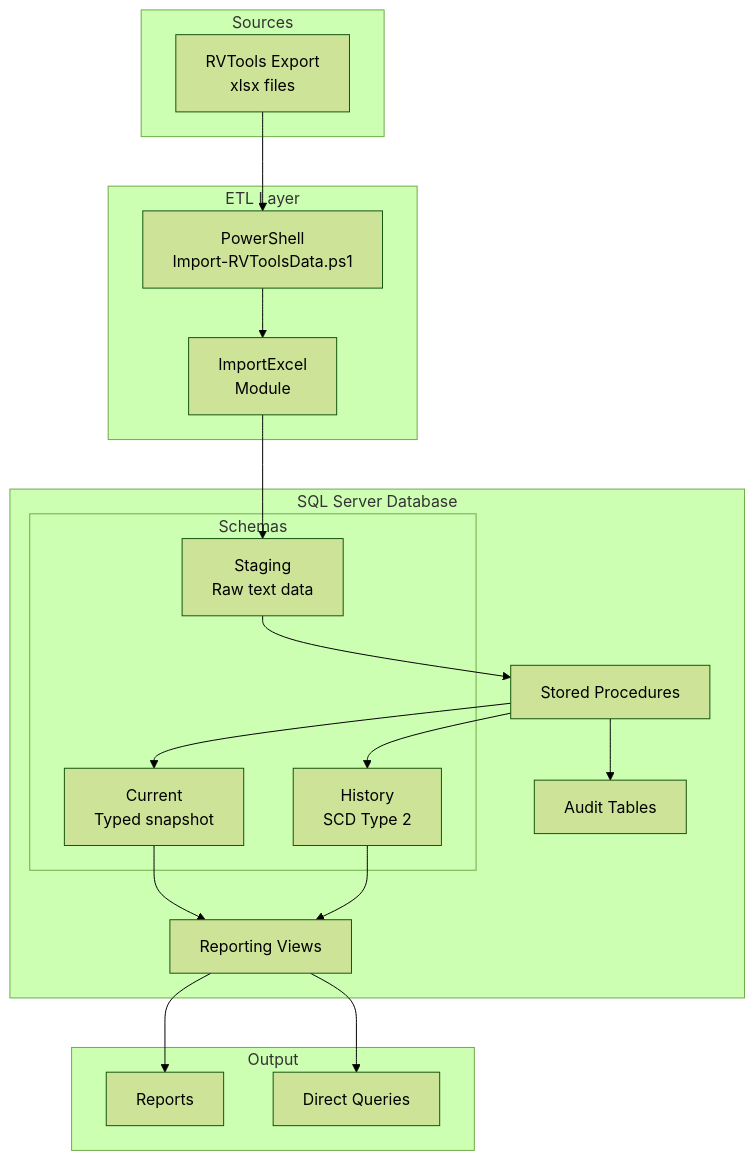
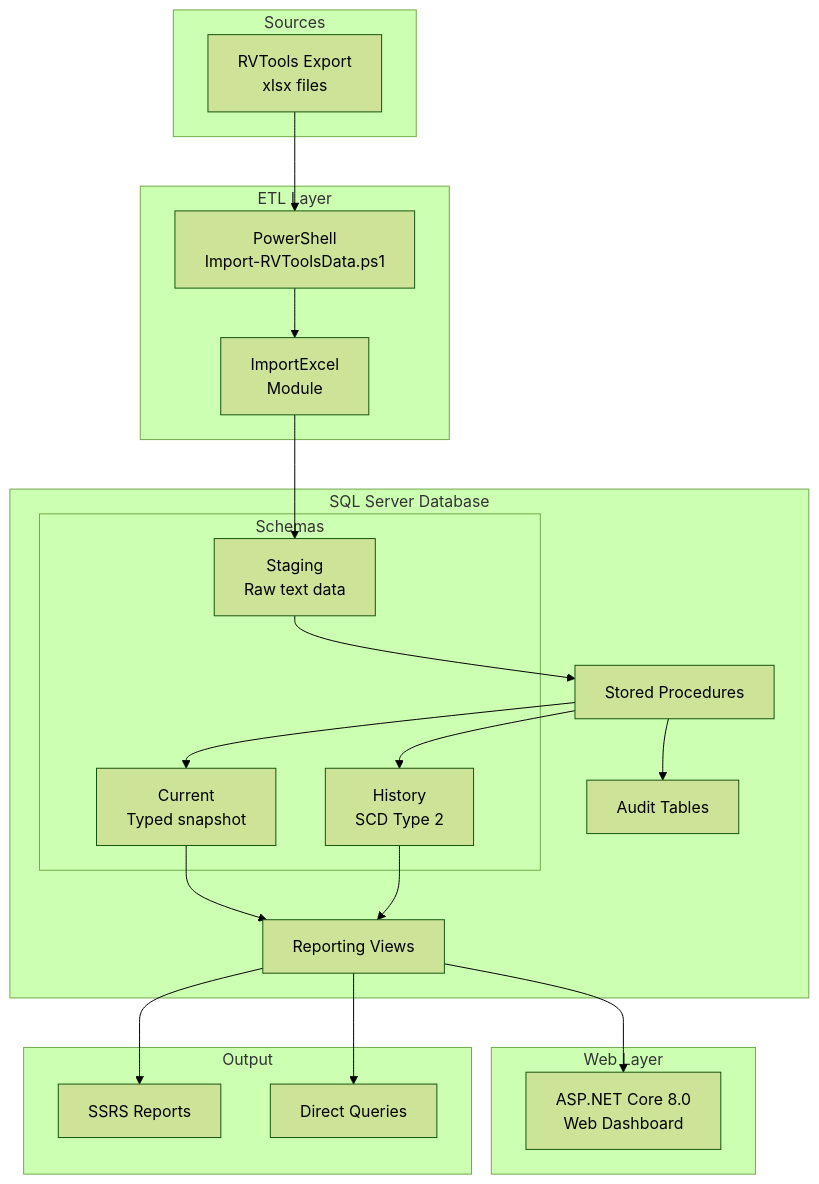
One commit to bankielewicz/rvtools-sql-server-data-warehouse changed the diagram in docs/architecture/overview.md. Above: the diagram before and after it, drawn with Mermaid (forest theme). The commit also changed other lines of this file and 3 other files, not shown here.

Commit message:
Update documentation with web reports references

````diff
--- a/docs/architecture/overview.md
+++ b/docs/architecture/overview.md
@@ -11,39 +11,44 @@
 ```mermaid
 graph TB
     subgraph Sources
         RV[RVTools Export<br/>xlsx files]
     end
 
     subgraph ETL["ETL Layer"]
         PS[PowerShell<br/>Import-RVToolsData.ps1]
         IE[ImportExcel<br/>Module]
     end
 
     subgraph Database["SQL Server Database"]
         subgraph Schemas
             STG[Staging<br/>Raw text data]
             CUR[Current<br/>Typed snapshot]
             HIS[History<br/>SCD Type 2]
         end
         SP[Stored Procedures]
         VW[Reporting Views]
         AUD[Audit Tables]
     end
 
+    subgraph Web["Web Layer"]
+        WEB[ASP.NET Core 8.0<br/>Web Dashboard]
+    end
+
     subgraph Output
-        RPT[Reports]
+        RPT[SSRS Reports]
         SQL[Direct Queries]
     end
 
     RV --> PS
     PS --> IE
     IE --> STG
     STG --> SP
     SP --> CUR
     SP --> HIS
     SP --> AUD
     CUR --> VW
     HIS --> VW
+    VW --> WEB
     VW --> RPT
     VW --> SQL
 ```
````
